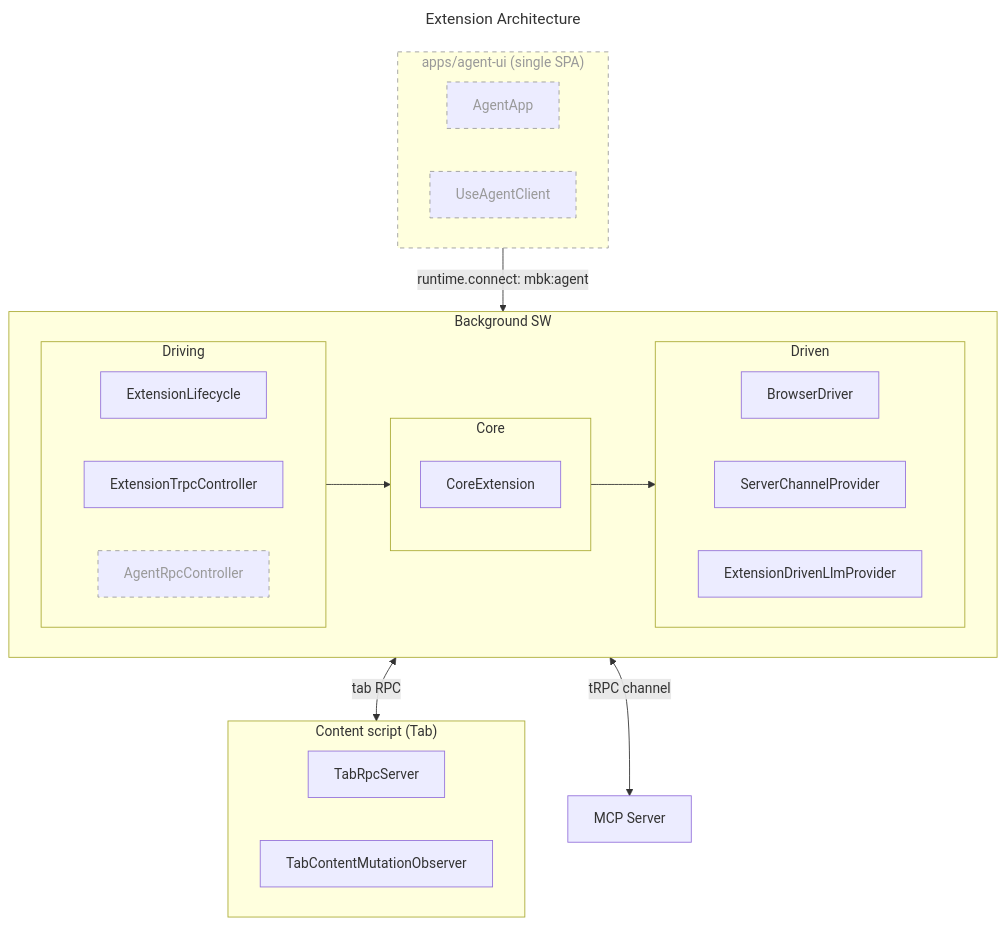
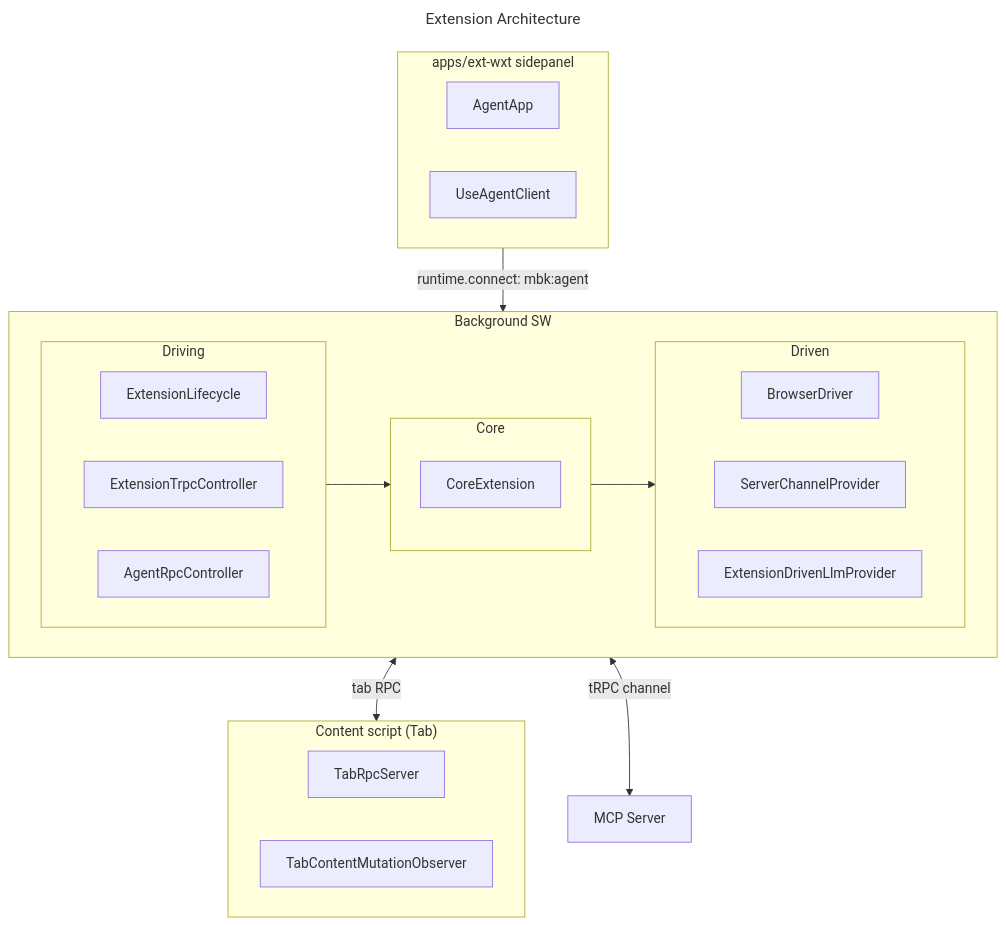
The eighth of 12 diagrams in docs/architecture.md (ndthanhdev/mcp-browser-kit), drawn with Mermaid before and after one commit. The commit also changed other lines of this file and 101 other files, not shown here.

````diff
--- a/docs/architecture.md
+++ b/docs/architecture.md
@@ -231,42 +225,39 @@
 ```mermaid
 ---
 title: Extension Architecture
 ---
 flowchart TB
-  subgraph AgentUi["apps/agent-ui (single SPA)"]
+  subgraph AgentUi["apps/ext-wxt sidepanel"]
     direction LR
     AgentApp
     UseAgentClient
   end
   subgraph Background["Background SW"]
     subgraph BgDriving["Driving"]
       direction LR
       ExtensionLifecycle
       ExtensionTrpcController
       AgentRpcController
     end
     subgraph BgCore["Core"]
       CoreExtension
     end
     subgraph BgDriven["Driven"]
       direction LR
       BrowserDriver
       ServerChannelProvider
       ExtensionDrivenLlmProvider
     end
     BgDriving --> BgCore --> BgDriven
   end
   subgraph Tab["Content script (Tab)"]
     direction LR
     TabRpcServer
     TabContentMutationObserver
   end
   Server["MCP Server"]
 
   AgentUi -->|"runtime.connect: mbk:agent"| Background
   Background <-->|"tab RPC"| Tab
   Background <-->|"tRPC channel"| Server
-
-  classDef planned stroke-dasharray:5 5,stroke:#999,color:#999;
-  class AgentUi,AgentApp,UseAgentClient,AgentRpcController planned;
 ```
````
